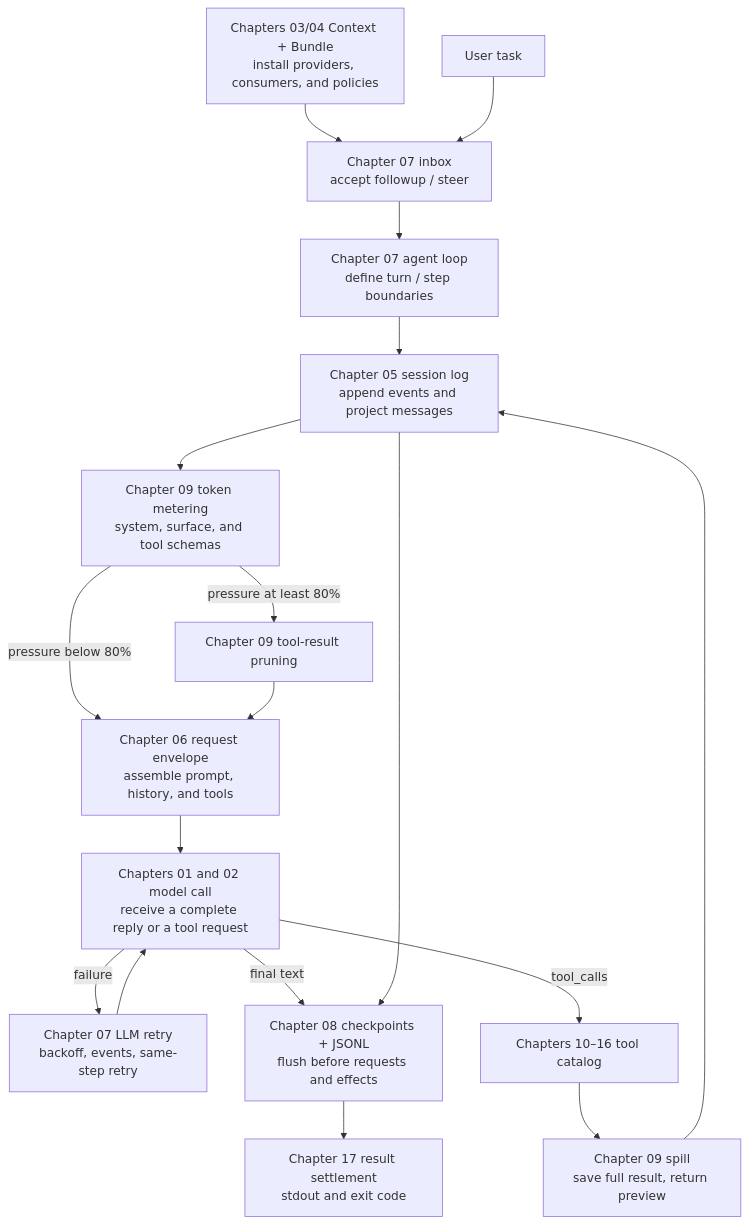
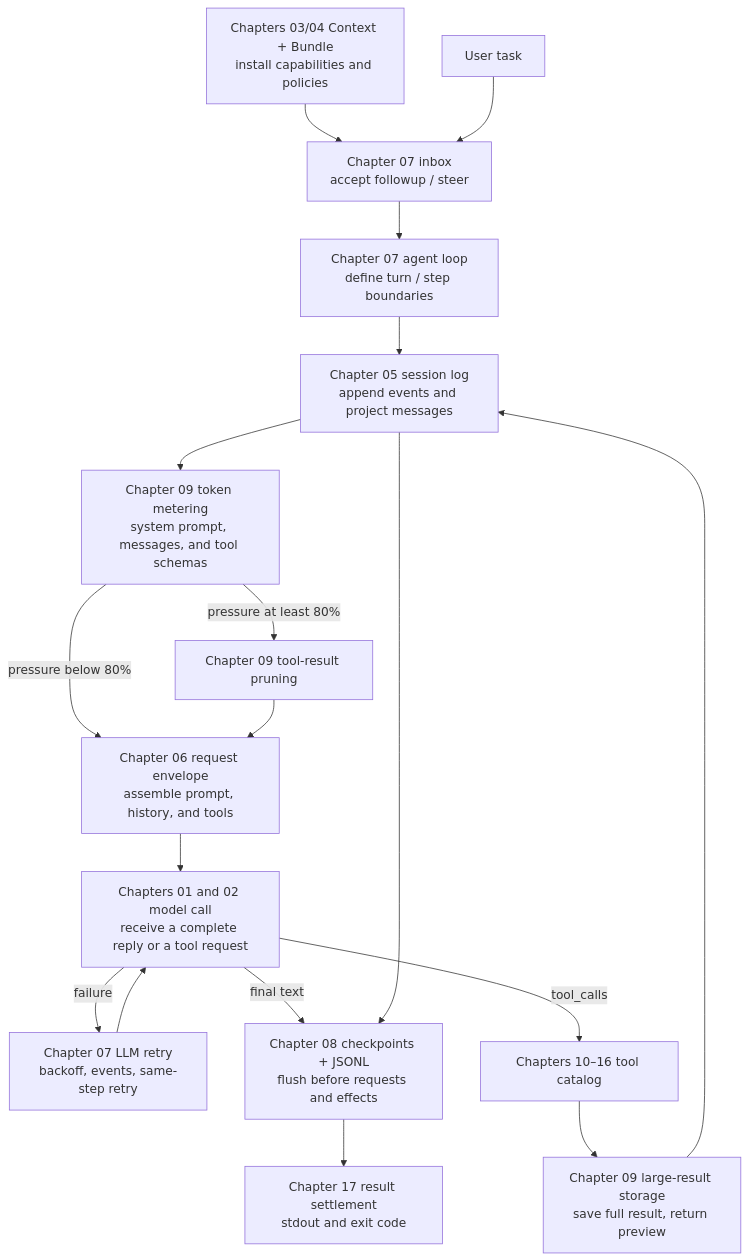
One commit to warmsum/mini-harness changed the diagram in README_EN.md. Above: the diagram before and after it, drawn with Mermaid. The commit also changed other lines of this file and 27 other files, not shown here.

````diff
--- a/README_EN.md
+++ b/README_EN.md
@@ -135,20 +130,20 @@
 ```mermaid
 flowchart TB
-    BUNDLE[Chapters 03/04 Context + Bundle<br>install providers, consumers, and policies] --> INBOX
+    BUNDLE[Chapters 03/04 Context + Bundle<br>install capabilities and policies] --> INBOX
     TASK[User task] --> INBOX[Chapter 07 inbox<br>accept followup / steer]
     INBOX --> LOOP[Chapter 07 agent loop<br>define turn / step boundaries]
     LOOP --> LOG[Chapter 05 session log<br>append events and project messages]
-    LOG --> METER[Chapter 09 token metering<br>system, surface, and tool schemas]
+    LOG --> METER[Chapter 09 token metering<br>system prompt, messages, and tool schemas]
     METER -->|pressure below 80%| ENV[Chapter 06 request envelope<br>assemble prompt, history, and tools]
     METER -->|pressure at least 80%| PRUNE[Chapter 09 tool-result pruning]
     PRUNE --> ENV
     ENV --> CALL[Chapters 01 and 02 model call<br>receive a complete reply or a tool request]
     CALL -->|failure| RETRY[Chapter 07 LLM retry<br>backoff, events, same-step retry]
     RETRY --> CALL
     CALL -->|final text| PERSIST
     CALL -->|tool_calls| TOOLS[Chapters 10–16 tool catalog]
-    TOOLS --> SPILL[Chapter 09 spill<br>save full result, return preview]
+    TOOLS --> SPILL[Chapter 09 large-result storage<br>save full result, return preview]
     SPILL --> LOG
     LOG --> PERSIST[Chapter 08 checkpoints + JSONL<br>flush before requests and effects]
     PERSIST --> OUT[Chapter 17 result settlement<br>stdout and exit code]
 ```
````
